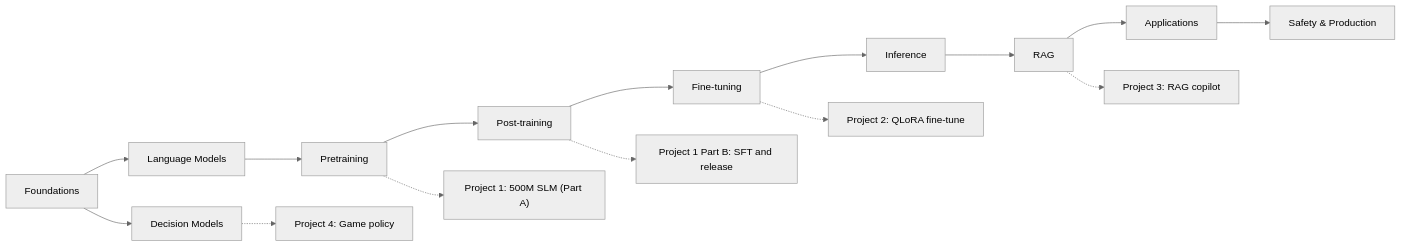
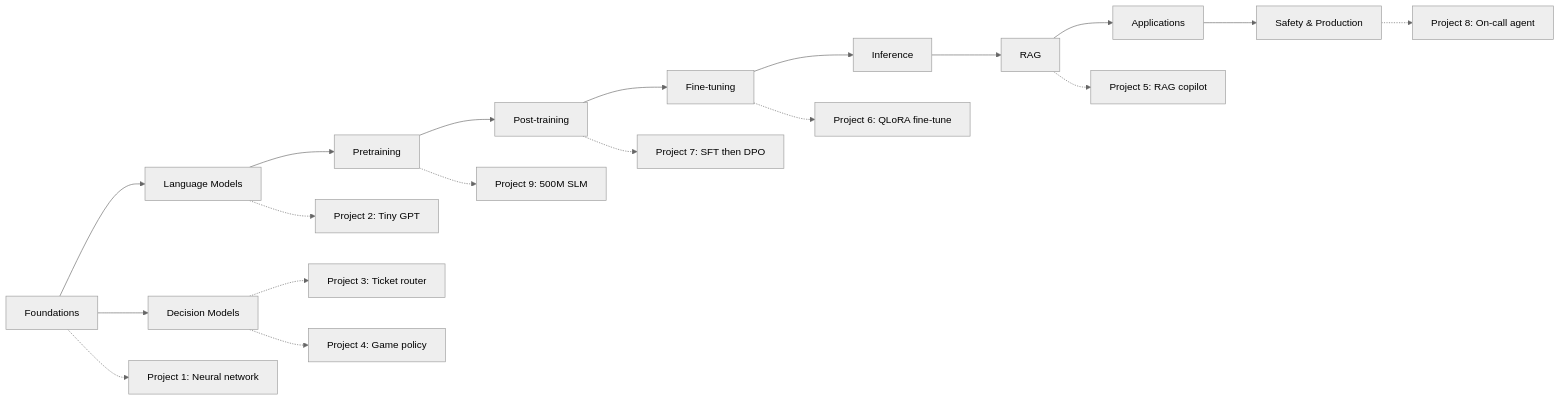
One commit to vivek-rm-14286/llm-from-scratch changed the diagram in docs/start/index.md. Above: the diagram before and after it, drawn with Mermaid (neutral theme). The commit also changed other lines of this file and 302 other files, not shown here.

````diff
--- a/docs/start/index.md
+++ b/docs/start/index.md
@@ -32,17 +32,21 @@
 ```mermaid
 flowchart LR
     F[Foundations] --> L[Language Models]
     L --> P[Pretraining]
     P --> PT[Post-training]
     PT --> FT[Fine-tuning]
     FT --> I[Inference]
     I --> R[RAG]
     R --> AP[Applications]
     AP --> SP[Safety & Production]
     F --> D[Decision Models]
-    P -.-> P1["Project 1: 500M SLM (Part A)"]
-    PT -.-> P1B["Project 1 Part B: SFT and release"]
-    FT -.-> P2["Project 2: QLoRA fine-tune"]
-    R -.-> P3["Project 3: RAG copilot"]
+    F -.-> P1["Project 1: Neural network"]
+    L -.-> P2["Project 2: Tiny GPT"]
+    D -.-> P3["Project 3: Ticket router"]
     D -.-> P4["Project 4: Game policy"]
+    R -.-> P5["Project 5: RAG copilot"]
+    FT -.-> P6["Project 6: QLoRA fine-tune"]
+    PT -.-> P7["Project 7: SFT then DPO"]
+    SP -.-> P8["Project 8: On-call agent"]
+    P -.-> P9["Project 9: 500M SLM"]
 ```
````
